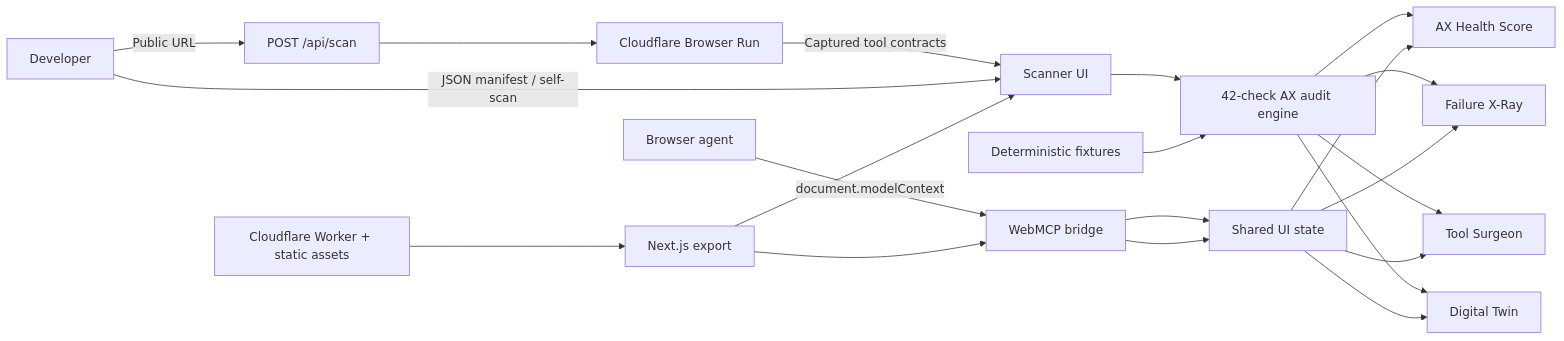
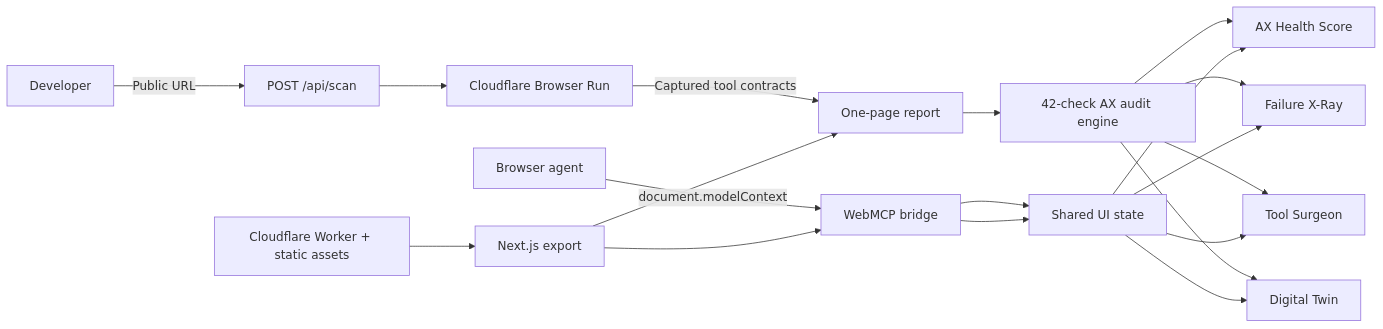
One commit to OtienoKeith/webmcp-doctor changed the diagram in docs/architecture.md. Above: the diagram before and after it, drawn with Mermaid. The commit also changed other lines of this file and 13 other files, not shown here.

````diff
--- a/docs/architecture.md
+++ b/docs/architecture.md
@@ -5,23 +5,21 @@
 ```mermaid
 flowchart LR
     A[Browser agent] -->|document.modelContext| B[WebMCP bridge]
     C[Developer] -->|Public URL| N[POST /api/scan]
     N --> O[Cloudflare Browser Run]
-    O -->|Captured tool contracts| D[Scanner UI]
-    C -->|JSON manifest / self-scan| D
+    O -->|Captured tool contracts| D[One-page report]
     B --> E[Shared UI state]
     D --> F[42-check AX audit engine]
     F --> G[AX Health Score]
     F --> H[Failure X-Ray]
     F --> I[Tool Surgeon]
     F --> J[Digital Twin]
     B --> E
     E --> G
     E --> H
     E --> I
     E --> J
-    K[Deterministic fixtures] --> F
     L[Cloudflare Worker + static assets] --> M[Next.js export]
     M --> B
     M --> D
 ```
````
